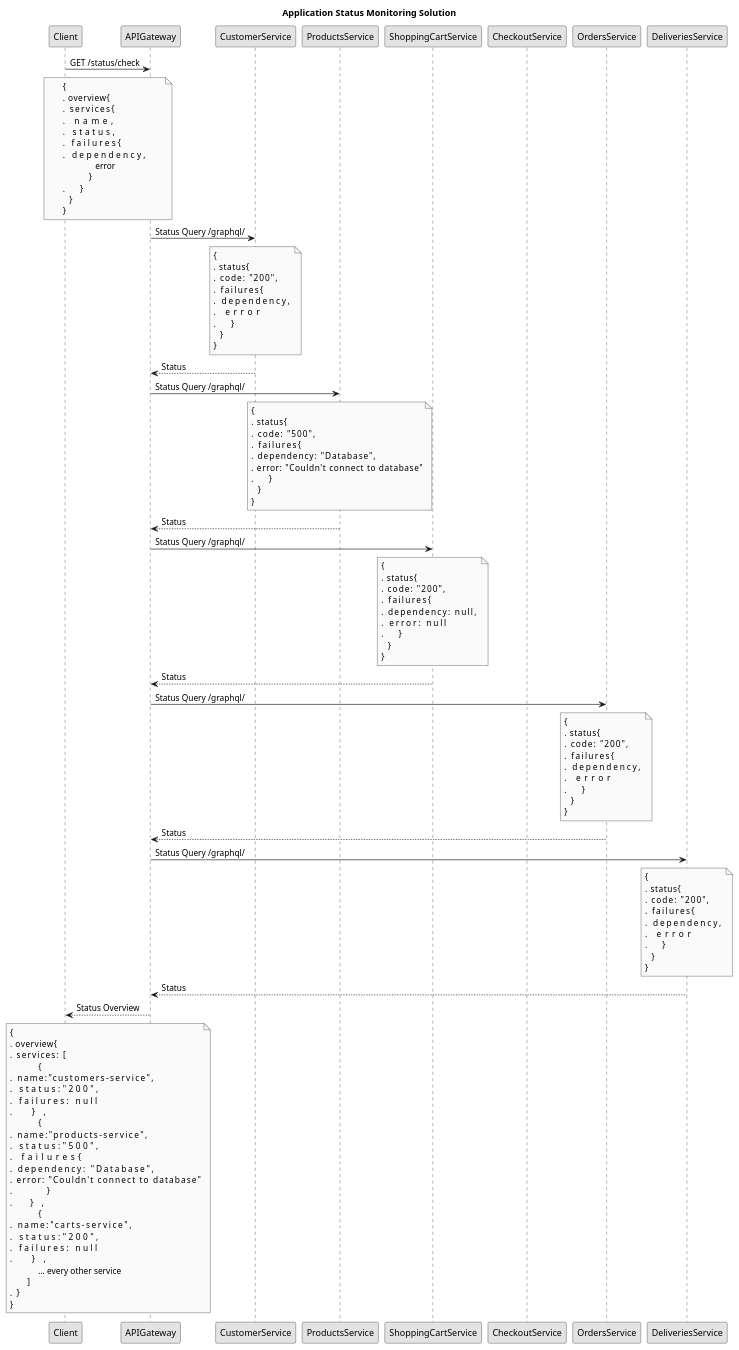
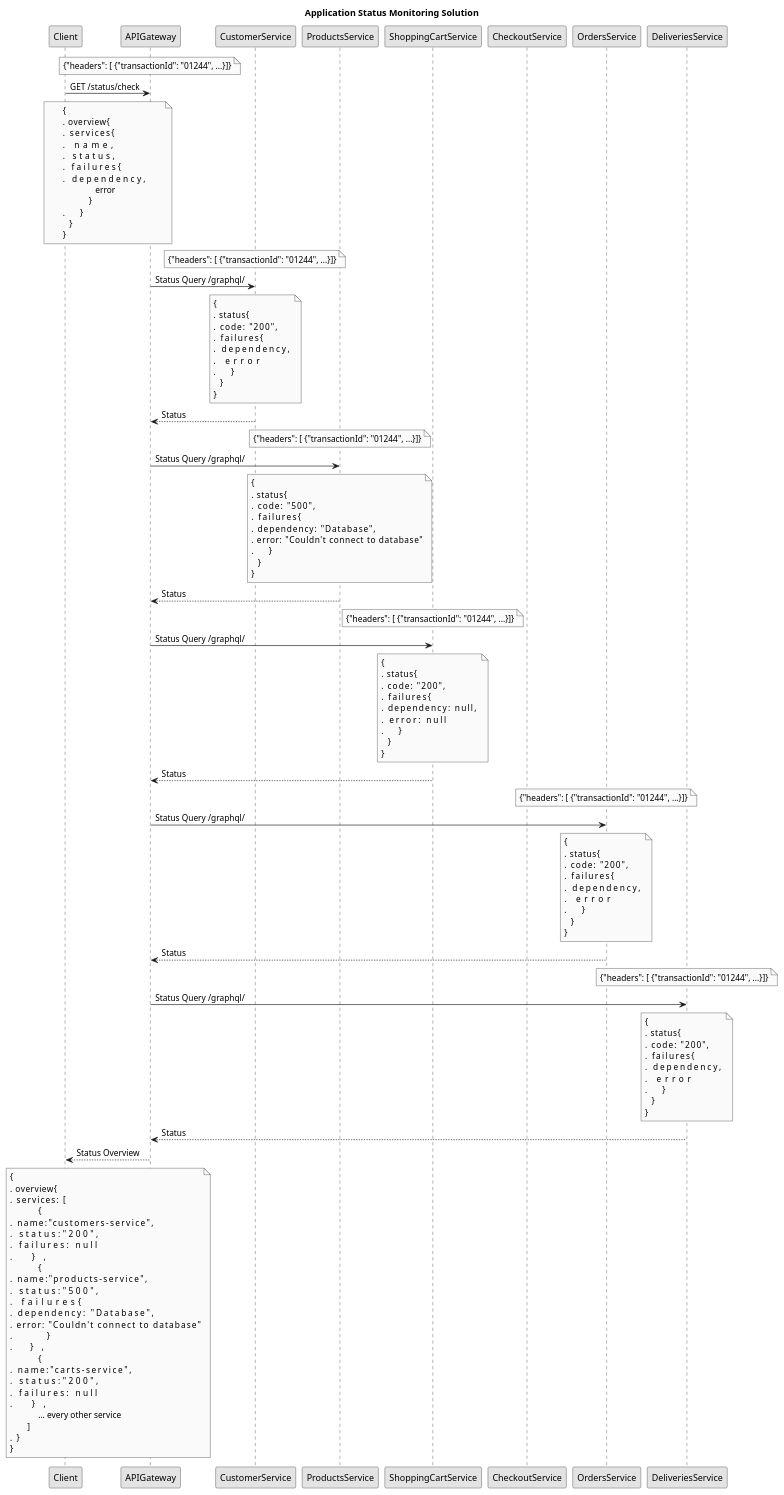
One commit to jpscardoso97/pharmacity-ecommerce changed the diagram in diagrams/monitoring-solution.plantuml. Above: the diagram before and after it, drawn with PlantUML.

Commit message:
Add transactionId header to monitoring solution sequence diagram

```diff
--- a/diagrams/monitoring-solution.plantuml
+++ b/diagrams/monitoring-solution.plantuml
@@ -1,41 +1,47 @@
 @startuml
 
 skinparam monochrome true
 
 title Application Status Monitoring Solution
 participant Client as client
 participant APIGateway as api
 participant CustomerService as cs
 participant ProductsService as ps
 participant ShoppingCartService as scs
 participant CheckoutService as checkout
 participant OrdersService as os
 participant DeliveriesService as ds
 
+note over api: {"headers": [ {"transactionId": "01244", ...}]}
 client->api: GET /status/check
 note over client, api: { \n.   overview{\n.       services{ \n.           name, \n.           status, \n.           failures{ \n.              dependency, \n               error\n            }\n.       }\n   }\n}
 
+note over cs: {"headers": [ {"transactionId": "01244", ...}]}
 api->cs: Status Query /graphql/
 note over cs: { \n.   status{\n.       code: "200", \n.       failures{ \n.           dependency, \n.           error\n.       }\n   }\n}
 cs-->api: Status
 
+note over ps: {"headers": [ {"transactionId": "01244", ...}]}
 api->ps: Status Query /graphql/
 note over ps: { \n.   status{\n.       code: "500", \n.       failures{ \n.           dependency: "Database", \n.           error: "Couldn't connect to database"\n.       }\n   }\n}
 ps-->api: Status
 
+note over scs: {"headers": [ {"transactionId": "01244", ...}]}
 api->scs: Status Query /graphql/
 note over scs: { \n.   status{\n.       code: "200", \n.       failures{ \n.           dependency: null, \n.           error: null\n.       }\n   }\n}
 scs-->api: Status
 
+note over os: {"headers": [ {"transactionId": "01244", ...}]}
 api->os: Status Query /graphql/
 note over os: { \n.   status{\n.       code: "200", \n.       failures{ \n.           dependency, \n.           error\n.       }\n   }\n}
 os-->api: Status
 
+note over ds: {"headers": [ {"transactionId": "01244", ...}]}
 api->ds: Status Query /graphql/
 note over ds: { \n.   status{\n.       code: "200", \n.       failures{ \n.           dependency, \n.           error\n.       }\n   }\n}
 ds-->api: Status
 
 api-->client: Status Overview
 note over client, api: { \n.   overview{\n.       services: [            \n             { \n.                 name:"customers-service", \n.                 status:"200", \n.                 failures: null\n.             },\n             { \n.                 name:"products-service", \n.                 status:"500", \n.                 failures{ \n.                    dependency: "Database", \n.                    error: "Couldn't connect to database"\n.                }\n.            },\n             { \n.                 name:"carts-service", \n.                 status:"200", \n.                 failures: null\n.             },\n             ... every other service\n        ]\n.  }\n}
 
 @enduml
```
